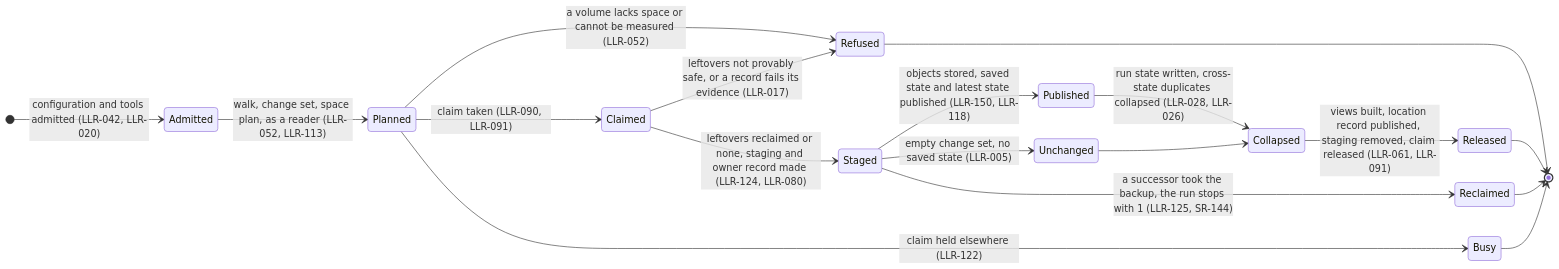
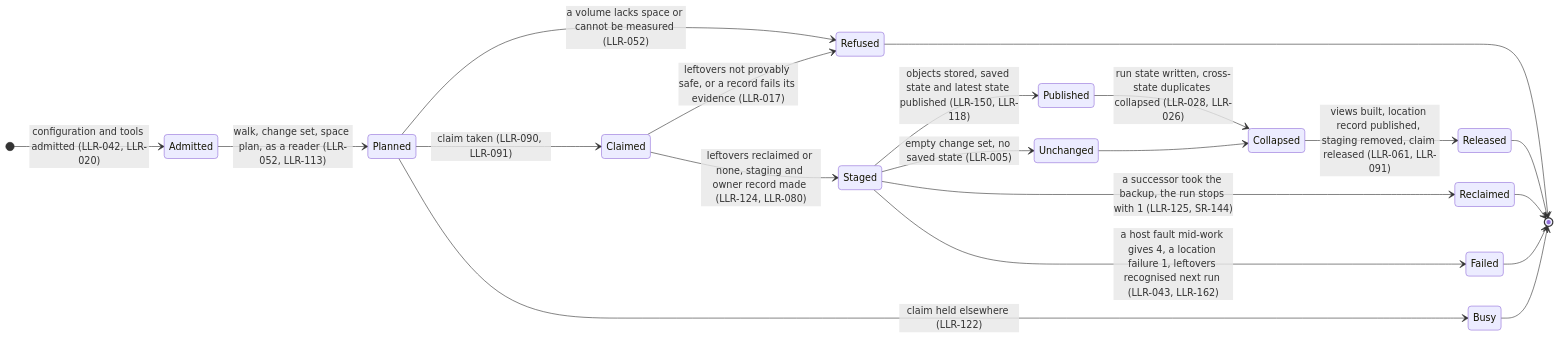
Before and after one commit to diytechy/FileBackup: the first of 9 diagrams in docs/runtime-flows.md, drawn with Mermaid. The commit also changed other lines of this file and 5 other files, not shown here.

````diff
--- a/docs/runtime-flows.md
+++ b/docs/runtime-flows.md
@@ -27,21 +27,23 @@
 ```mermaid
 stateDiagram-v2
     direction LR
     [*] --> Admitted: configuration and tools admitted (LLR-042, LLR-020)
     Admitted --> Planned: walk, change set, space plan, as a reader (LLR-052, LLR-113)
     Planned --> Refused: a volume lacks space or cannot be measured (LLR-052)
     Planned --> Claimed: claim taken (LLR-090, LLR-091)
     Planned --> Busy: claim held elsewhere (LLR-122)
     Claimed --> Refused: leftovers not provably safe, or a record fails its evidence (LLR-017)
     Claimed --> Staged: leftovers reclaimed or none, staging and owner record made (LLR-124, LLR-080)
     Staged --> Published: objects stored, saved state and latest state published (LLR-150, LLR-118)
     Staged --> Unchanged: empty change set, no saved state (LLR-005)
     Published --> Collapsed: run state written, cross-state duplicates collapsed (LLR-028, LLR-026)
     Unchanged --> Collapsed
     Collapsed --> Released: views built, location record published, staging removed, claim released (LLR-061, LLR-091)
     Staged --> Reclaimed: a successor took the backup, the run stops with 1 (LLR-125, SR-144)
+    Staged --> Failed: a host fault mid-work gives 4, a location failure 1, leftovers recognised next run (LLR-043, LLR-162)
+    Failed --> [*]
     Released --> [*]
     Refused --> [*]
     Busy --> [*]
     Reclaimed --> [*]
 ```
````
